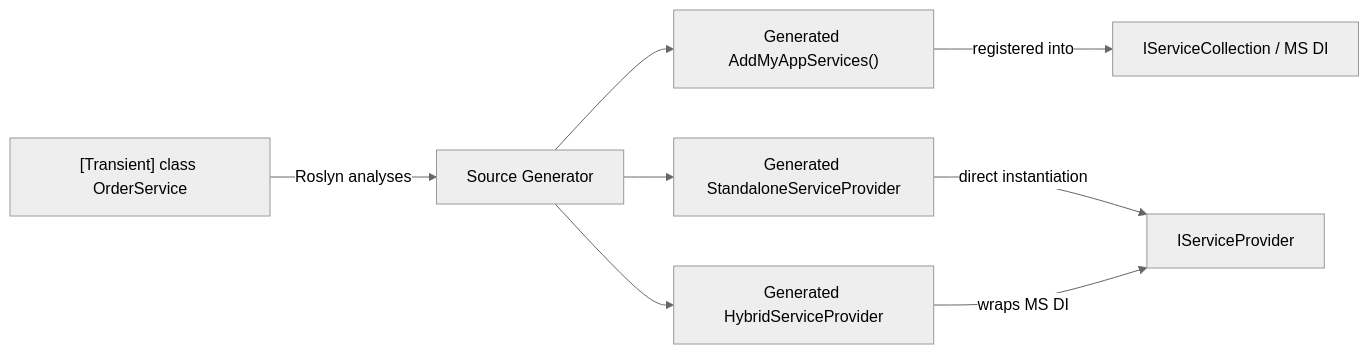
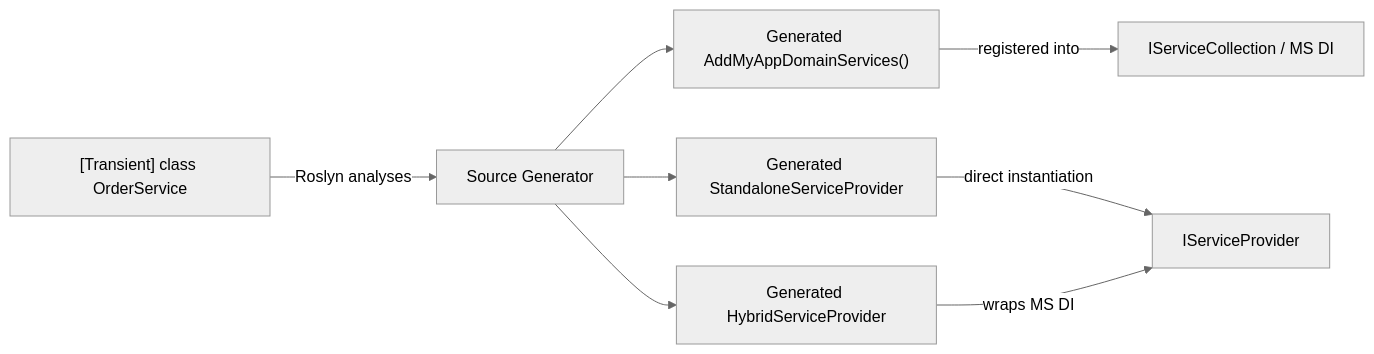
Before and after one commit to ZeroAlloc-Net/ZeroAlloc.Inject: the diagram in docs/getting-started.md, drawn with Mermaid (neutral theme). The commit also changed other lines of this file, not shown here.

Commit message:
docs: fix getting-started critical issues (attribute override semantics, diagram label, new-call placement)

````diff
--- a/docs/getting-started.md
+++ b/docs/getting-started.md
@@ -166,10 +166,10 @@
 ```mermaid
 flowchart LR
     A["[Transient] class OrderService"] -->|Roslyn analyses| B[Source Generator]
-    B --> C["Generated AddMyAppServices()"]
+    B --> C["Generated AddMyAppDomainServices()"]
     B --> D[Generated StandaloneServiceProvider]
     B --> E[Generated HybridServiceProvider]
     C -->|registered into| F[IServiceCollection / MS DI]
     D -->|direct instantiation| G[IServiceProvider]
     E -->|wraps MS DI| G
 ```
````
